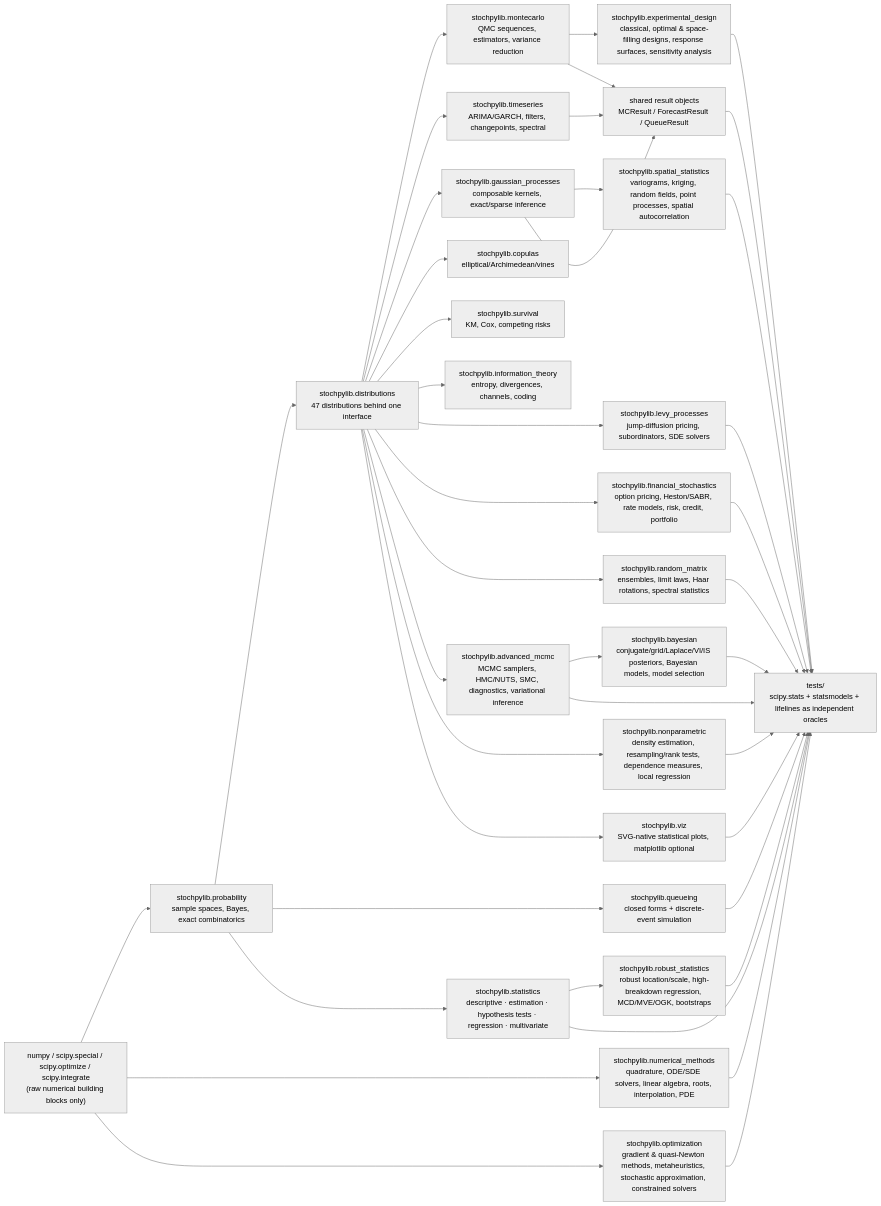
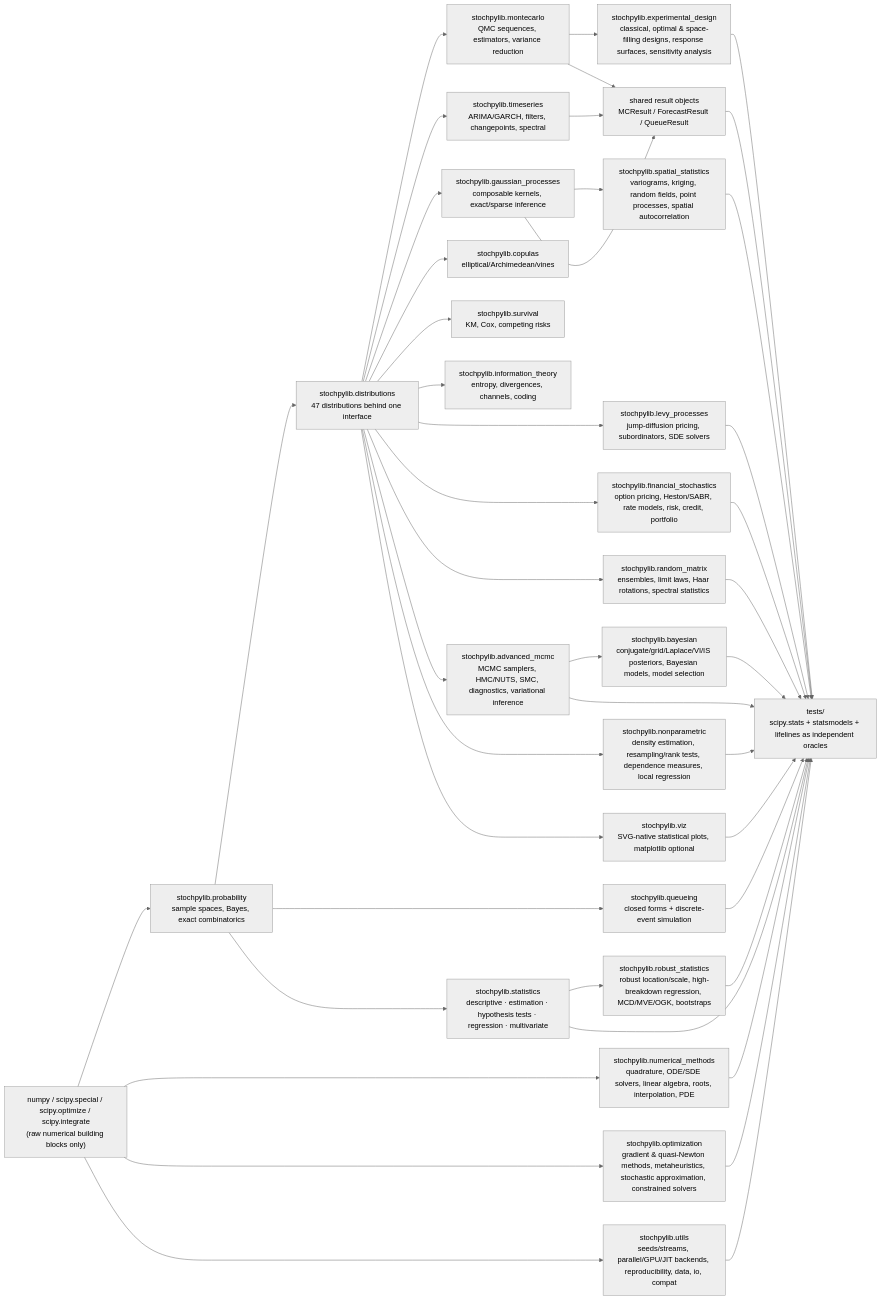
Before and after one commit to leon1706-lol/Stochpylib: the first of 2 diagrams in README.md, drawn with Mermaid (neutral theme). The commit also changed other lines of this file and 97 other files, not shown here.

````diff
--- a/README.md
+++ b/README.md
@@ -319,43 +346,45 @@
 ```mermaid
 flowchart LR
     A["numpy / scipy.special / scipy.optimize / scipy.integrate<br/>(raw numerical building blocks only)"] --> B["stochpylib.probability<br/>sample spaces, Bayes, exact combinatorics"]
     B --> C["stochpylib.distributions<br/>47 distributions behind one interface"]
     C --> D["stochpylib.montecarlo<br/>QMC sequences, estimators, variance reduction"]
     C --> E["stochpylib.timeseries<br/>ARIMA/GARCH, filters, changepoints, spectral"]
     C --> F["stochpylib.gaussian_processes<br/>composable kernels, exact/sparse inference"]
     C --> G["stochpylib.copulas<br/>elliptical/Archimedean/vines"]
     C --> H["stochpylib.survival<br/>KM, Cox, competing risks"]
     B --> I["stochpylib.queueing<br/>closed forms + discrete-event simulation"]
     C --> J["stochpylib.information_theory<br/>entropy, divergences, channels, coding"]
     C --> M["stochpylib.levy_processes<br/>jump-diffusion pricing, subordinators, SDE solvers"]
     C --> N["stochpylib.financial_stochastics<br/>option pricing, Heston/SABR, rate models, risk, credit, portfolio"]
     B --> O["stochpylib.statistics<br/>descriptive · estimation · hypothesis tests · regression · multivariate"]
     C --> P["stochpylib.random_matrix<br/>ensembles, limit laws, Haar rotations, spectral statistics"]
     C --> Q["stochpylib.advanced_mcmc<br/>MCMC samplers, HMC/NUTS, SMC, diagnostics, variational inference"]
     A --> R["stochpylib.numerical_methods<br/>quadrature, ODE/SDE solvers, linear algebra, roots, interpolation, PDE"]
     Q --> S["stochpylib.bayesian<br/>conjugate/grid/Laplace/VI/IS posteriors, Bayesian models, model selection"]
     O --> T["stochpylib.robust_statistics<br/>robust location/scale, high-breakdown regression, MCD/MVE/OGK, bootstraps"]
     C --> U["stochpylib.nonparametric<br/>density estimation, resampling/rank tests, dependence measures, local regression"]
     A --> V["stochpylib.optimization<br/>gradient & quasi-Newton methods, metaheuristics, stochastic approximation, constrained solvers"]
     D --> W["stochpylib.experimental_design<br/>classical, optimal & space-filling designs, response surfaces, sensitivity analysis"]
     F --> X["stochpylib.spatial_statistics<br/>variograms, kriging, random fields, point processes, spatial autocorrelation"]
     C --> Y["stochpylib.viz<br/>SVG-native statistical plots, matplotlib optional"]
+    A --> Z["stochpylib.utils<br/>seeds/streams, parallel/GPU/JIT backends, reproducibility, data, io, compat"]
     D --> K["shared result objects<br/>MCResult / ForecastResult / QueueResult"]
     E --> K
     F --> K
     K --> L["tests/<br/>scipy.stats + statsmodels + lifelines as independent oracles"]
     I --> L
     M --> L
     N --> L
     O --> L
     P --> L
     Q --> L
     R --> L
     S --> L
     T --> L
     U --> L
     V --> L
     W --> L
     X --> L
     Y --> L
+    Z --> L
 ```
````
